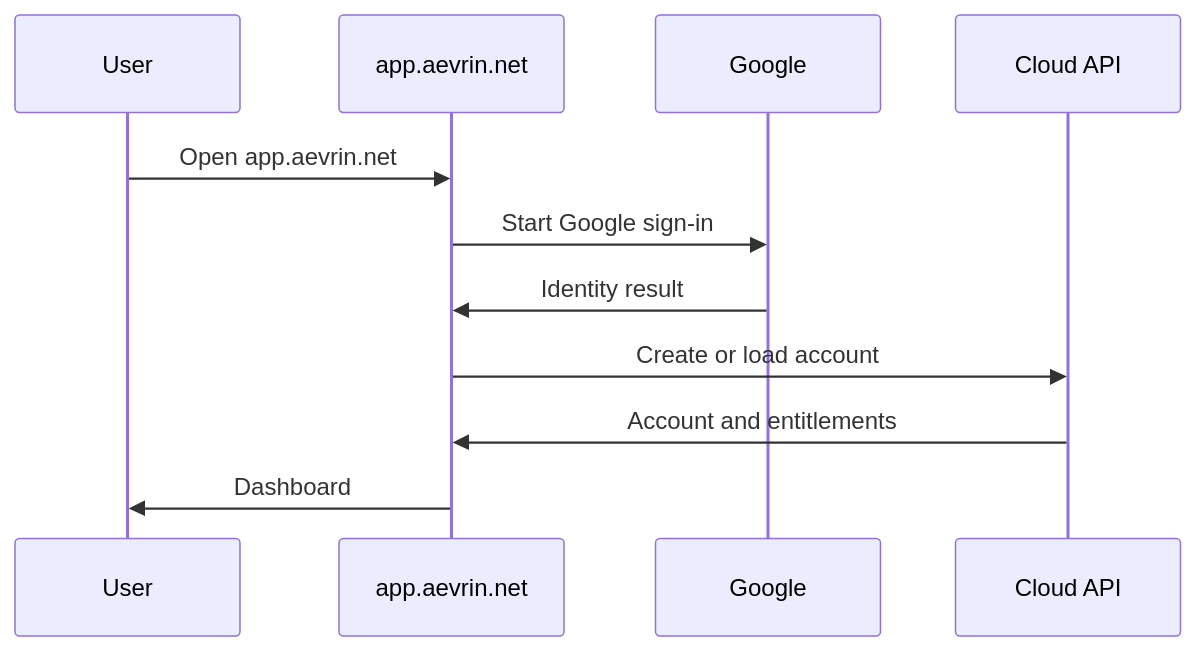
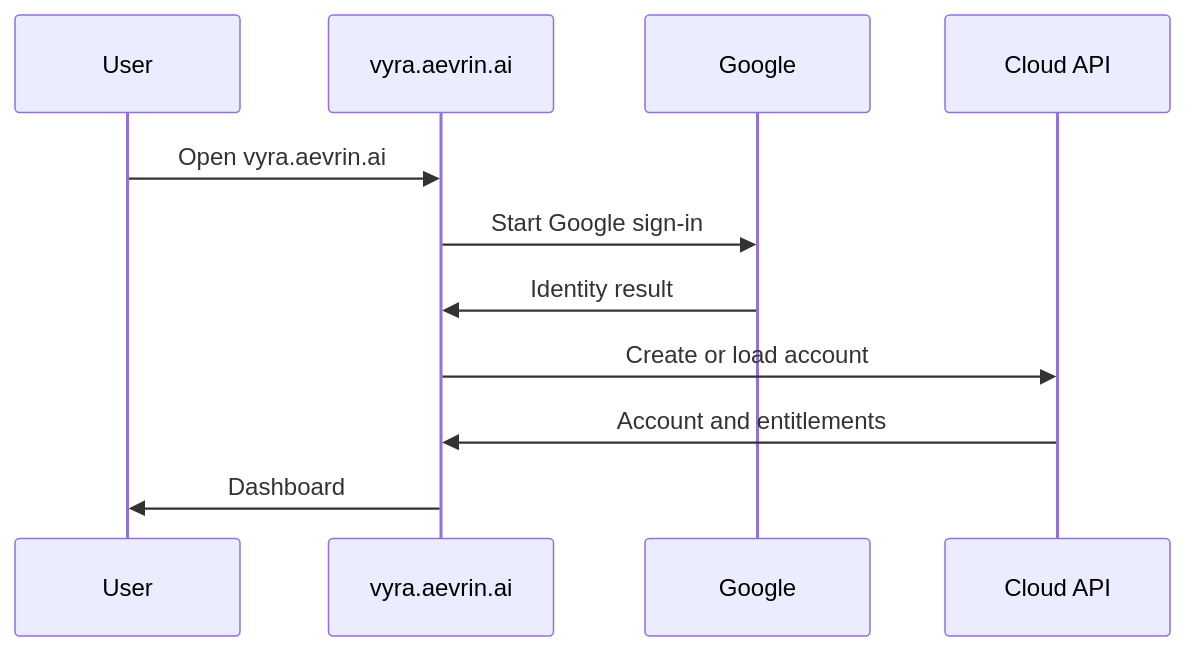
Before and after one commit to Aevrin-ai/modelWrecker: the first of 4 diagrams in docs/security/authentication.md, drawn with Mermaid. The commit also changed other lines of this file and 13 other files, not shown here.

First line of the commit message:
feat: move the web app to vyra.aevrin.ai, keep app.aevrin.net for the CLI (#80)

````diff
--- a/docs/security/authentication.md
+++ b/docs/security/authentication.md
@@ -18,13 +18,13 @@
 ```mermaid
 sequenceDiagram
   participant U as User
-  participant A as app.aevrin.net
+  participant A as vyra.aevrin.ai
   participant G as Google
   participant API as Cloud API
-  U->>A: Open app.aevrin.net
+  U->>A: Open vyra.aevrin.ai
   A->>G: Start Google sign-in
   G->>A: Identity result
   A->>API: Create or load account
   API->>A: Account and entitlements
   A->>U: Dashboard
 ```
````
